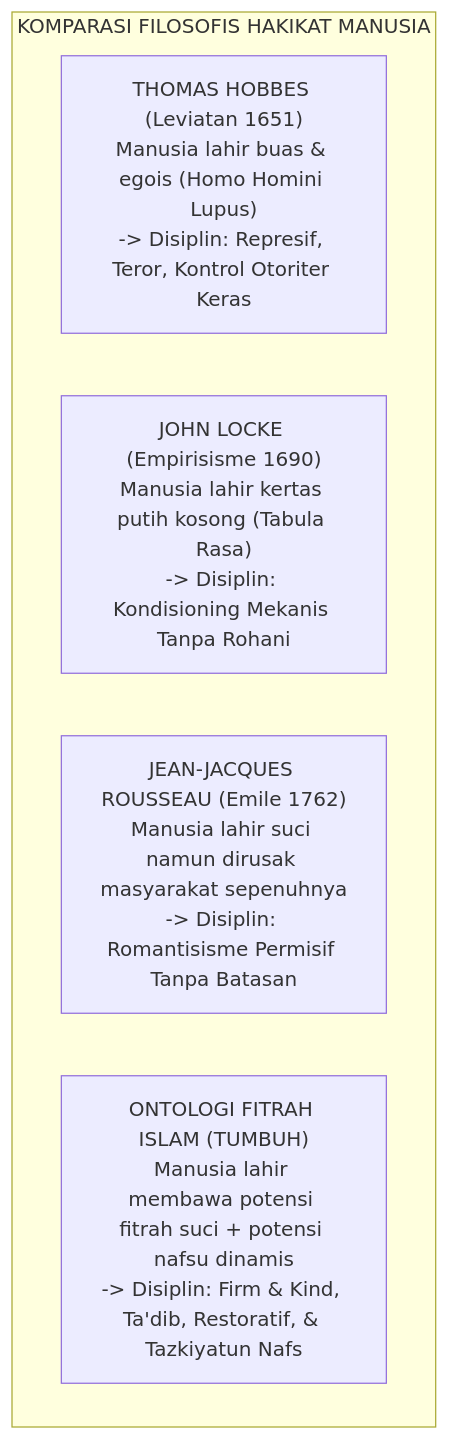
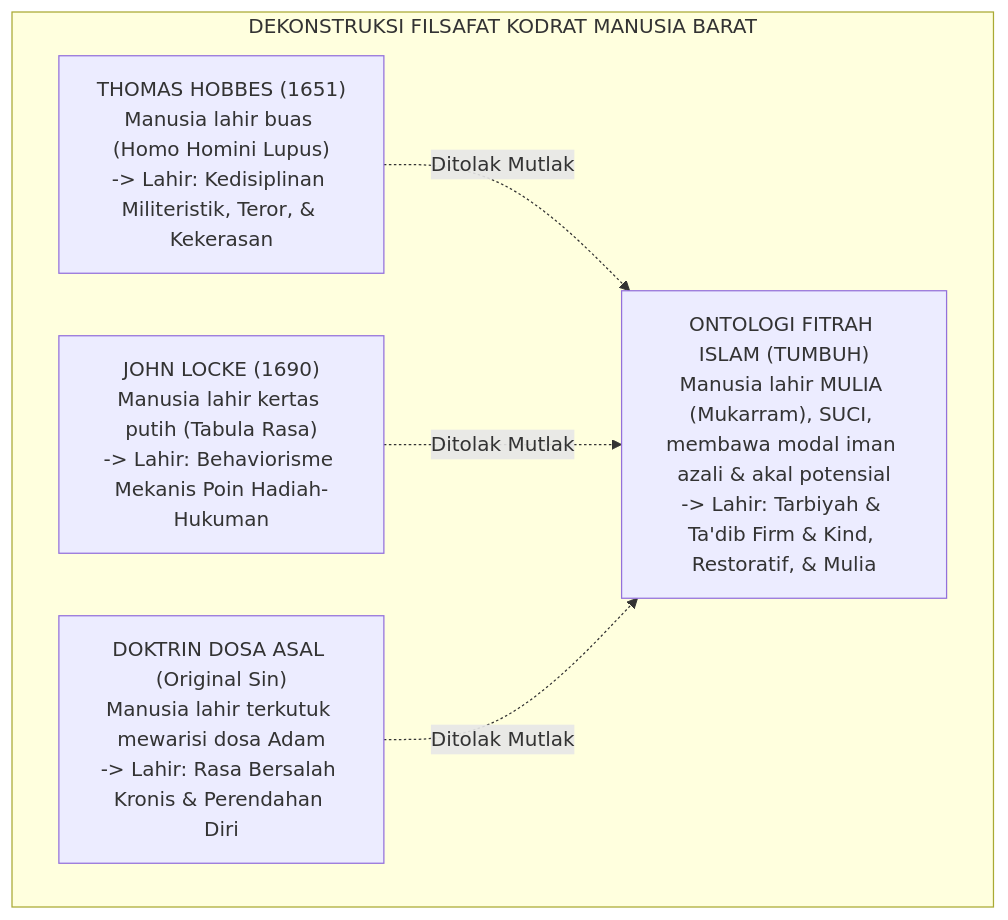
The fourth of 9 diagrams in 01 Philosophy/02 Human Nature/P1-02-01-Hakikat-Fitrah.md (wandiapriliyandi/tumbuh), drawn with Mermaid before and after one commit. The commit also changed other lines of this file and 6 other files, not shown here.

````diff
--- a/01 Philosophy/02 Human Nature/P1-02-01-Hakikat-Fitrah.md
+++ b/01 Philosophy/02 Human Nature/P1-02-01-Hakikat-Fitrah.md
@@ -84,9 +185,16 @@
 ```mermaid
 graph TD
-    subgraph KomparasiOntologi["KOMPARASI FILOSOFIS HAKIKAT MANUSIA"]
-        Hobbes["THOMAS HOBBES (Leviatan 1651)<br/>Manusia lahir buas & egois (Homo Homini Lupus)<br/>-> Disiplin: Represif, Teror, Kontrol Otoriter Keras"]
-        Locke["JOHN LOCKE (Empirisisme 1690)<br/>Manusia lahir kertas putih kosong (Tabula Rasa)<br/>-> Disiplin: Kondisioning Mekanis Tanpa Rohani"]
-        Rousseau["JEAN-JACQUES ROUSSEAU (Emile 1762)<br/>Manusia lahir suci namun dirusak masyarakat sepenuhnya<br/>-> Disiplin: Romantisisme Permisif Tanpa Batasan"]
-        TUMBUH_Islam["ONTOLOGI FITRAH ISLAM (TUMBUH)<br/>Manusia lahir membawa potensi fitrah suci + potensi nafsu dinamis<br/>-> Disiplin: Firm & Kind, Ta'dib, Restoratif, & Tazkiyatun Nafs"]
+    subgraph DekonstruksiOntologiBarat["DEKONSTRUKSI FILSAFAT KODRAT MANUSIA BARAT"]
+        Hobbes["THOMAS HOBBES (1651)<br/>Manusia lahir buas (Homo Homini Lupus)<br/>-> Lahir: Kedisiplinan Militeristik, Teror, & Kekerasan"]
+        
+        Locke["JOHN LOCKE (1690)<br/>Manusia lahir kertas putih (Tabula Rasa)<br/>-> Lahir: Behaviorisme Mekanis Poin Hadiah-Hukuman"]
+        
+        Augustine["DOKTRIN DOSA ASAL (Original Sin)<br/>Manusia lahir terkutuk mewarisi dosa Adam<br/>-> Lahir: Rasa Bersalah Kronis & Perendahan Diri"]
+        
+        IslamFitrah["ONTOLOGI FITRAH ISLAM (TUMBUH)<br/>Manusia lahir MULIA (Mukarram), SUCI, membawa modal iman azali & akal potensial<br/>-> Lahir: Tarbiyah & Ta'dib Firm & Kind, Restoratif, & Mulia"]
+        
+        Hobbes -.->|Ditolak Mutlak| IslamFitrah
+        Locke -.->|Ditolak Mutlak| IslamFitrah
+        Augustine -.->|Ditolak Mutlak| IslamFitrah
     end
 ```
````
